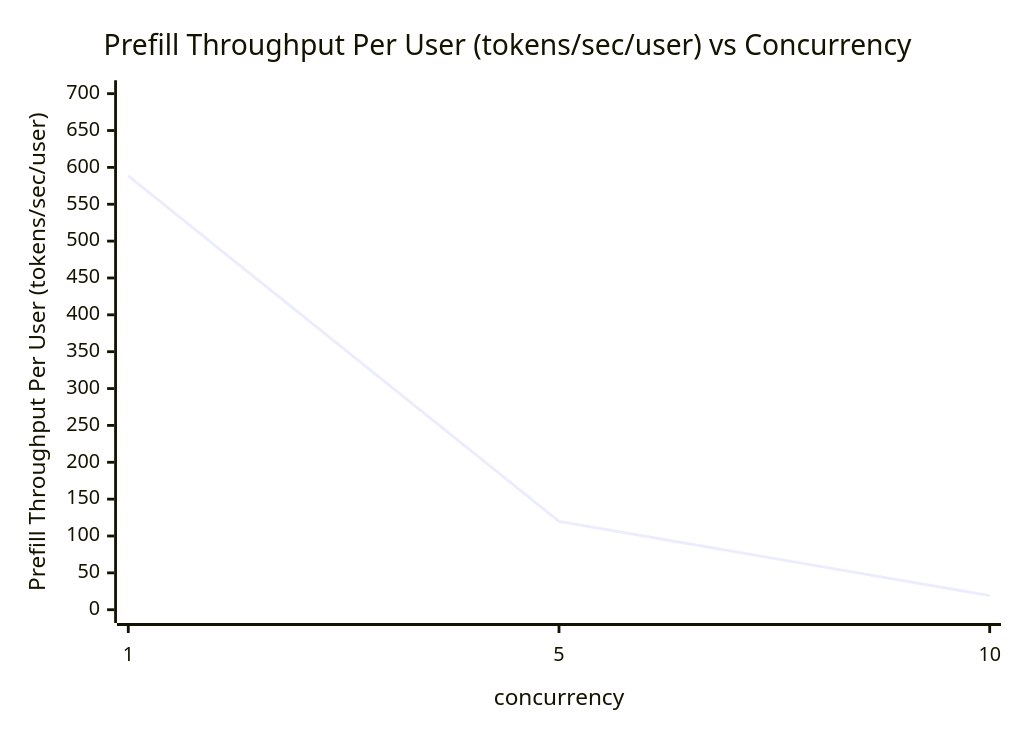
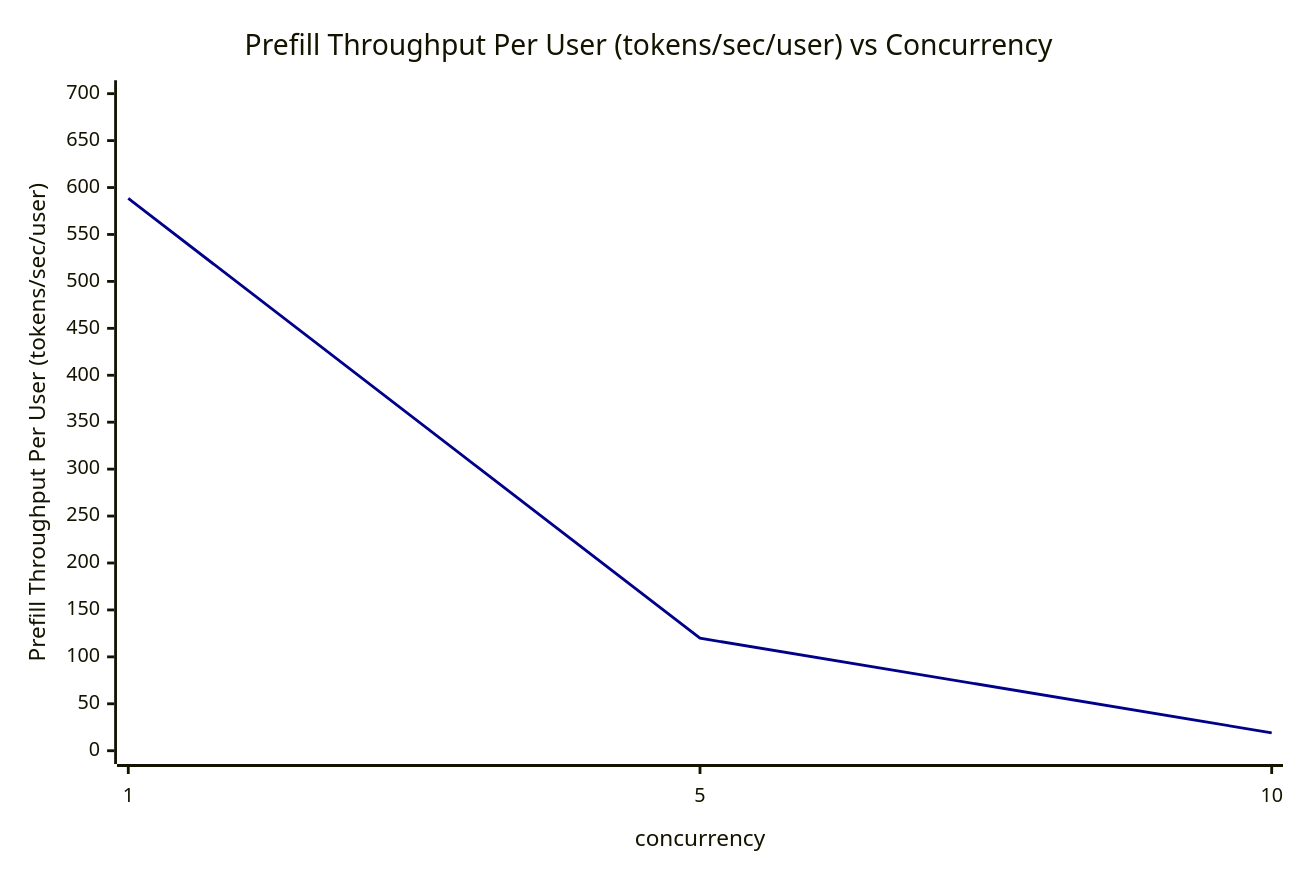
One commit to happyxyl-git/infer_board changed the second of 4 diagrams in spark_one/llama.cpp/unsloth-Qwen3.6-27B-MTP-GGUF-Qwen3.6-27B-UD-Q4_K_XL-deploy-one/Qwen3.6-27B-Performance-Report.md. Above: the diagram before and after it, drawn with Mermaid. The commit also changed other lines of this file, not shown here.

````diff
--- a/spark_one/llama.cpp/unsloth-Qwen3.6-27B-MTP-GGUF-Qwen3.6-27B-UD-Q4_K_XL-deploy-one/Qwen3.6-27B-Performance-Report.md
+++ b/spark_one/llama.cpp/unsloth-Qwen3.6-27B-MTP-GGUF-Qwen3.6-27B-UD-Q4_K_XL-deploy-one/Qwen3.6-27B-Performance-Report.md
@@ -253,7 +262,16 @@
 ```mermaid
+---
+config:
+  xyChart:
+    width: 900
+    height: 600
+  themeVariables:
+    xyChart:
+      plotColorPalette: "#00008B"
+---
 xychart-beta
     title "Prefill Throughput Per User (tokens/sec/user) vs Concurrency"
     x-axis "concurrency" [1, 5, 10]
     y-axis "Prefill Throughput Per User (tokens/sec/user)" 0 --> 700
     line [588.41, 119.92, 19.09]
 ```
````
